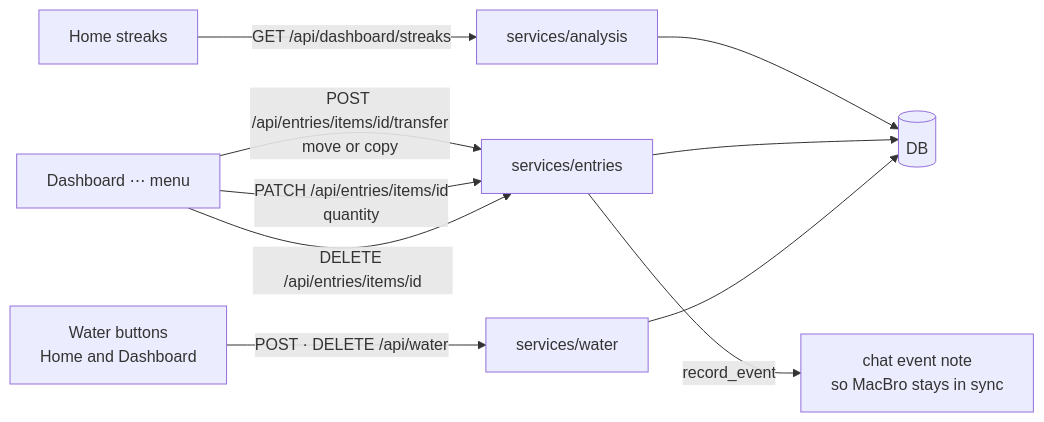
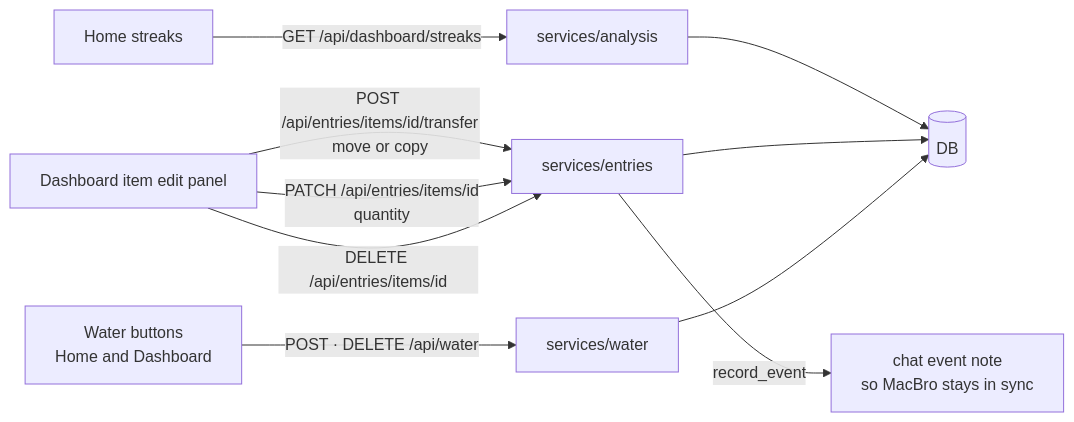
One commit to NeoAnushka21/tracker_poc changed the fourth of 6 diagrams in docs/hld.md. Above: the diagram before and after it, drawn with Mermaid. The commit also changed 7 other files, not shown here.

First line of the commit message:
Simpler item edit panel: pencil trigger, Move/Copy dropdown, icon actions

````diff
--- a/docs/hld.md
+++ b/docs/hld.md
@@ -102,12 +102,12 @@
 ```mermaid
 flowchart LR
-    D[Dashboard ⋯ menu] -->|POST /api/entries/items/id/transfer<br/>move or copy| E[services/entries]
+    D[Dashboard item edit panel] -->|POST /api/entries/items/id/transfer<br/>move or copy| E[services/entries]
     D -->|PATCH /api/entries/items/id<br/>quantity| E
     D -->|DELETE /api/entries/items/id| E
     W[Water buttons<br/>Home and Dashboard] -->|POST · DELETE /api/water| WS[services/water]
     H[Home streaks] -->|GET /api/dashboard/streaks| AN[services/analysis]
     AN --> DB
     E --> DB[(DB)]
     WS --> DB
     E -->|record_event| CM[chat event note<br/>so MacBro stays in sync]
 ```
````
